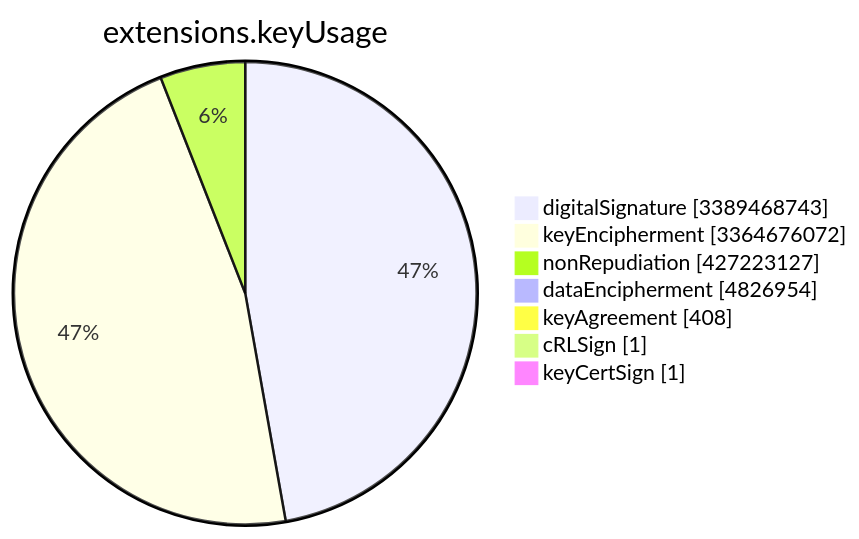
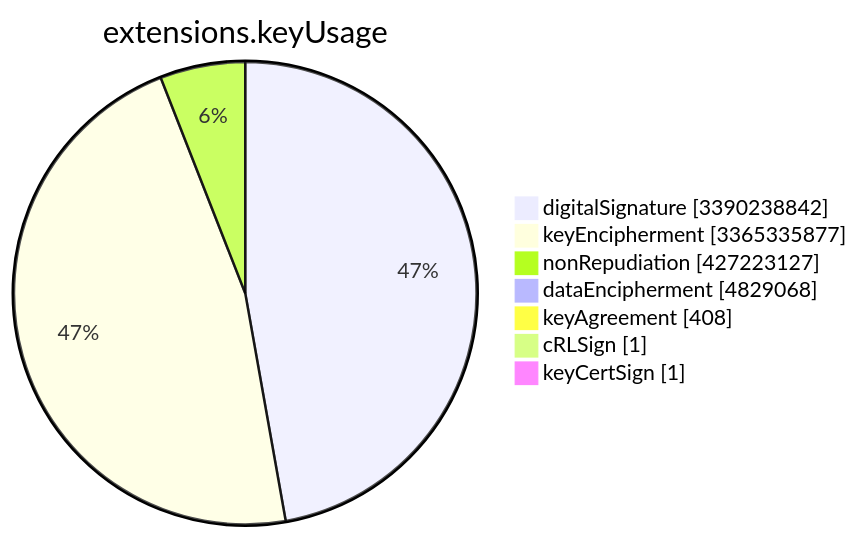
One commit to christiankrug/ctmonitor_visualization changed the sixth of 15 diagrams in TOTAL/README.md. Above: the diagram before and after it, drawn with Mermaid. The commit also changed other lines of this file, not shown here.

````diff
--- a/TOTAL/README.md
+++ b/TOTAL/README.md
@@ -3080,11 +3080,11 @@
 ```mermaid
 pie showData
 title extensions.keyUsage
-"digitalSignature" :3389468743
-"keyEncipherment" :3364676072
+"digitalSignature" :3390238842
+"keyEncipherment" :3365335877
 "nonRepudiation" :427223127
-"dataEncipherment" :4826954
+"dataEncipherment" :4829068
 "keyAgreement" :408
 "cRLSign" :1
 "keyCertSign" :1
 ```
````
